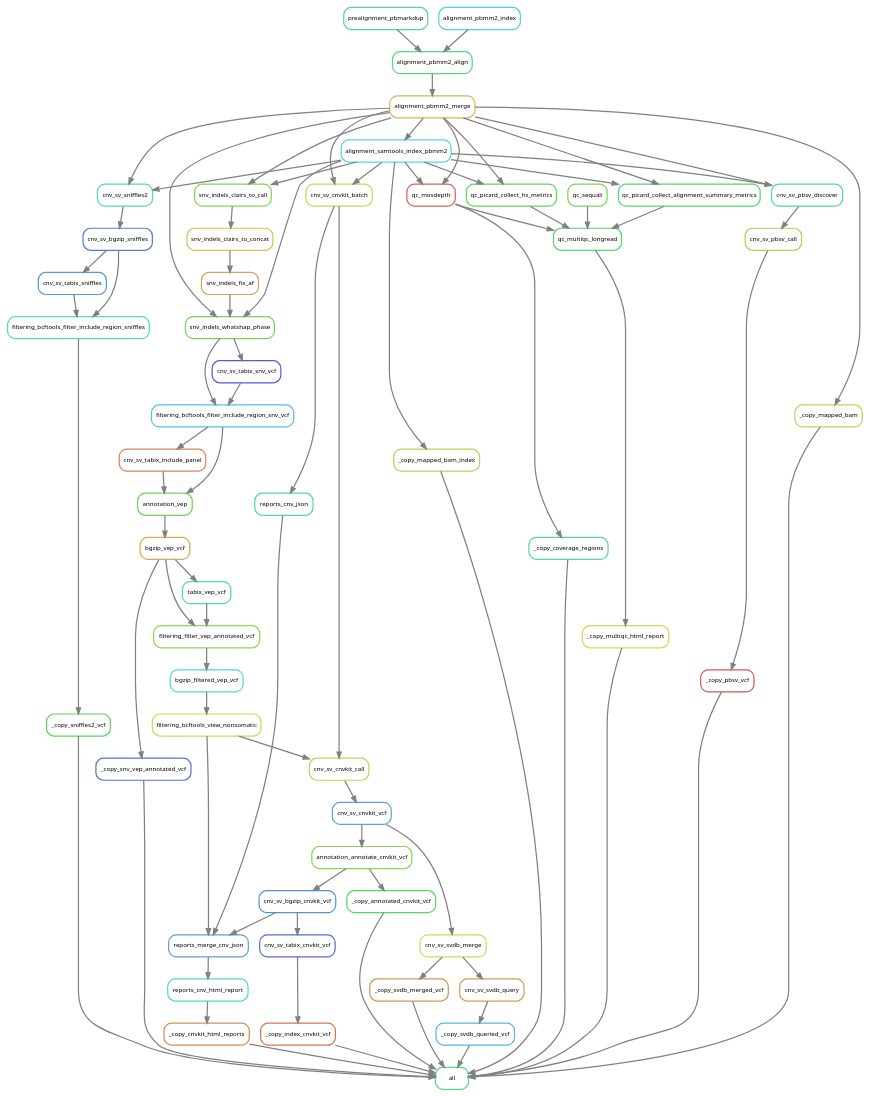
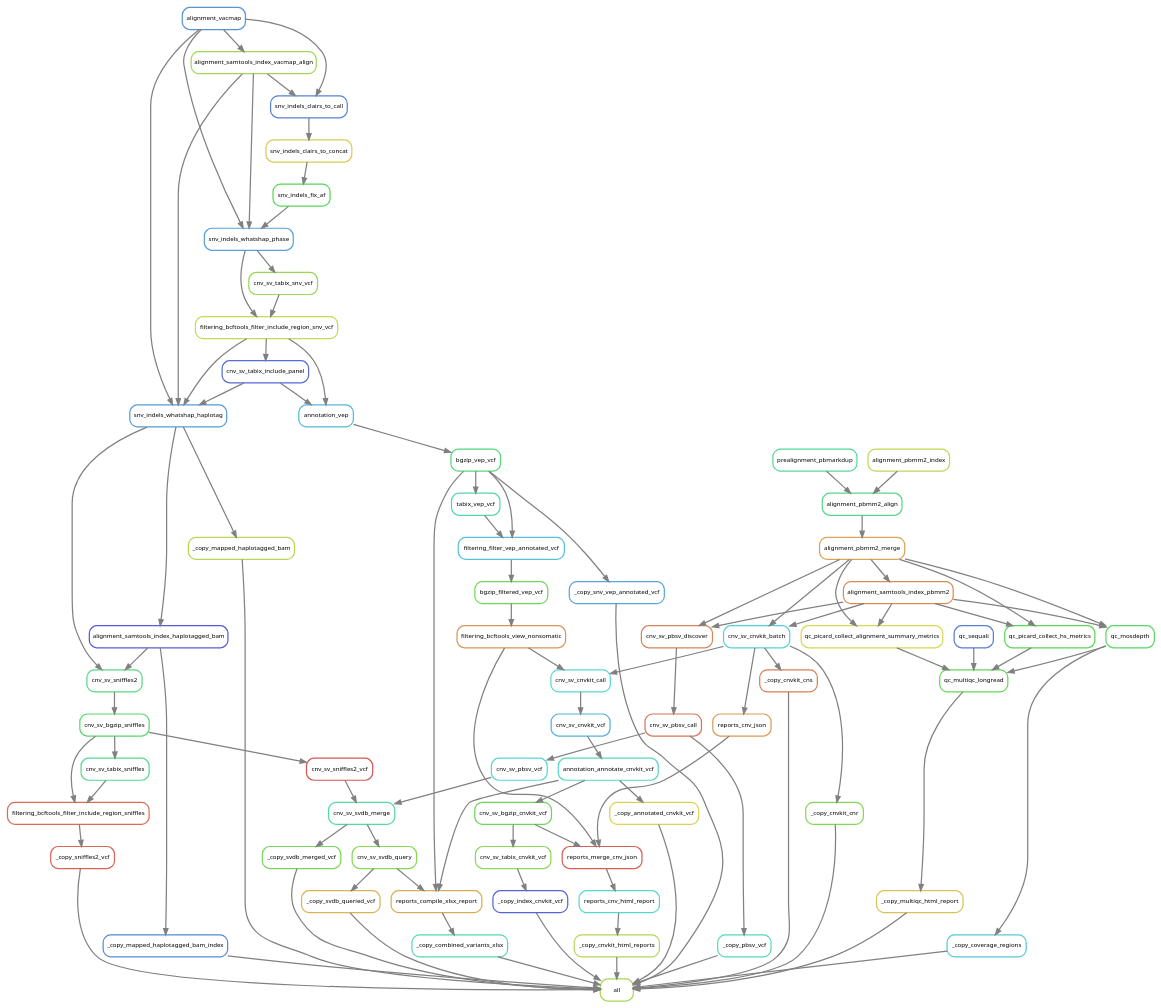
One commit to clinical-genomics-uppsala/TwiMM changed the diagram in images/rulegraph_clairs.dot. Above: the diagram before and after it, drawn with Graphviz. The commit also changed 12 other files, not shown here.

```diff
--- a/images/rulegraph_clairs.dot
+++ b/images/rulegraph_clairs.dot
@@ -1,139 +1,167 @@
 digraph snakemake_dag {
     graph[bgcolor=white, margin=0];
     node[shape=box, style=rounded, fontname=sans,                 fontsize=10, penwidth=2];
     edge[penwidth=2, color=grey];
-	0[label = "all", color = "0.39 0.6 0.85", style="rounded"];
-	1[label = "_copy_snv_vep_annotated_vcf", color = "0.63 0.6 0.85", style="rounded"];
-	2[label = "bgzip_vep_vcf", color = "0.11 0.6 0.85", style="rounded"];
-	3[label = "annotation_vep", color = "0.31 0.6 0.85", style="rounded"];
-	4[label = "cnv_sv_tabix_include_panel", color = "0.06 0.6 0.85", style="rounded"];
-	5[label = "filtering_bcftools_filter_include_region_snv_vcf", color = "0.53 0.6 0.85", style="rounded"];
-	6[label = "snv_indels_whatshap_phase", color = "0.30 0.6 0.85", style="rounded"];
-	7[label = "snv_indels_fix_af", color = "0.10 0.6 0.85", style="rounded"];
-	8[label = "snv_indels_clairs_to_concat", color = "0.14 0.6 0.85", style="rounded"];
-	9[label = "snv_indels_clairs_to_call", color = "0.28 0.6 0.85", style="rounded"];
-	10[label = "alignment_pbmm2_merge", color = "0.12 0.6 0.85", style="rounded"];
-	11[label = "alignment_pbmm2_align", color = "0.38 0.6 0.85", style="rounded"];
-	12[label = "prealignment_pbmarkdup", color = "0.40 0.6 0.85", style="rounded"];
-	13[label = "alignment_pbmm2_index", color = "0.51 0.6 0.85", style="rounded"];
-	14[label = "alignment_samtools_index_pbmm2", color = "0.50 0.6 0.85", style="rounded"];
-	15[label = "cnv_sv_tabix_snv_vcf", color = "0.66 0.6 0.85", style="rounded"];
-	16[label = "_copy_sniffles2_vcf", color = "0.33 0.6 0.85", style="rounded"];
-	17[label = "filtering_bcftools_filter_include_region_sniffles", color = "0.47 0.6 0.85", style="rounded"];
-	18[label = "cnv_sv_bgzip_sniffles", color = "0.62 0.6 0.85", style="rounded"];
-	19[label = "cnv_sv_sniffles2", color = "0.46 0.6 0.85", style="rounded"];
-	20[label = "cnv_sv_tabix_sniffles", color = "0.58 0.6 0.85", style="rounded"];
-	21[label = "_copy_cnvkit_html_reports", color = "0.07 0.6 0.85", style="rounded"];
-	22[label = "reports_cnv_html_report", color = "0.49 0.6 0.85", style="rounded"];
-	23[label = "reports_merge_cnv_json", color = "0.57 0.6 0.85", style="rounded"];
-	24[label = "reports_cnv_json", color = "0.43 0.6 0.85", style="rounded"];
-	25[label = "cnv_sv_cnvkit_batch", color = "0.19 0.6 0.85", style="rounded"];
-	26[label = "filtering_bcftools_view_nonsomatic", color = "0.18 0.6 0.85", style="rounded"];
-	27[label = "bgzip_filtered_vep_vcf", color = "0.48 0.6 0.85", style="rounded"];
-	28[label = "filtering_filter_vep_annotated_vcf", color = "0.26 0.6 0.85", style="rounded"];
-	29[label = "tabix_vep_vcf", color = "0.44 0.6 0.85", style="rounded"];
-	30[label = "cnv_sv_bgzip_cnvkit_vcf", color = "0.59 0.6 0.85", style="rounded"];
-	31[label = "annotation_annotate_cnvkit_vcf", color = "0.27 0.6 0.85", style="rounded"];
-	32[label = "cnv_sv_cnvkit_vcf", color = "0.56 0.6 0.85", style="rounded"];
-	33[label = "cnv_sv_cnvkit_call", color = "0.20 0.6 0.85", style="rounded"];
-	34[label = "_copy_annotated_cnvkit_vcf", color = "0.34 0.6 0.85", style="rounded"];
-	35[label = "_copy_index_cnvkit_vcf", color = "0.04 0.6 0.85", style="rounded"];
-	36[label = "cnv_sv_tabix_cnvkit_vcf", color = "0.64 0.6 0.85", style="rounded"];
-	37[label = "_copy_multiqc_html_report", color = "0.16 0.6 0.85", style="rounded"];
-	38[label = "qc_multiqc_longread", color = "0.36 0.6 0.85", style="rounded"];
-	39[label = "qc_picard_collect_hs_metrics", color = "0.32 0.6 0.85", style="rounded"];
-	40[label = "qc_mosdepth", color = "0.02 0.6 0.85", style="rounded"];
-	41[label = "qc_picard_collect_alignment_summary_metrics", color = "0.37 0.6 0.85", style="rounded"];
-	42[label = "qc_sequali", color = "0.29 0.6 0.85", style="rounded"];
-	43[label = "_copy_mapped_bam", color = "0.21 0.6 0.85", style="rounded"];
-	44[label = "_copy_mapped_bam_index", color = "0.22 0.6 0.85", style="rounded"];
-	45[label = "_copy_coverage_regions", color = "0.42 0.6 0.85", style="rounded"];
-	46[label = "_copy_pbsv_vcf", color = "0.00 0.6 0.85", style="rounded"];
-	47[label = "cnv_sv_pbsv_call", color = "0.23 0.6 0.85", style="rounded"];
-	48[label = "cnv_sv_pbsv_discover", color = "0.41 0.6 0.85", style="rounded"];
-	49[label = "_copy_svdb_merged_vcf", color = "0.08 0.6 0.85", style="rounded"];
-	50[label = "cnv_sv_svdb_merge", color = "0.17 0.6 0.85", style="rounded"];
-	51[label = "_copy_svdb_queried_vcf", color = "0.54 0.6 0.85", style="rounded"];
-	52[label = "cnv_sv_svdb_query", color = "0.09 0.6 0.85", style="rounded"];
-	16 -> 0
-	34 -> 0
+	0[label = "all", color = "0.23 0.6 0.85", style="rounded"];
+	1[label = "_copy_snv_vep_annotated_vcf", color = "0.56 0.6 0.85", style="rounded"];
+	2[label = "bgzip_vep_vcf", color = "0.38 0.6 0.85", style="rounded"];
+	3[label = "annotation_vep", color = "0.54 0.6 0.85", style="rounded"];
+	4[label = "cnv_sv_tabix_include_panel", color = "0.64 0.6 0.85", style="rounded"];
+	5[label = "filtering_bcftools_filter_include_region_snv_vcf", color = "0.19 0.6 0.85", style="rounded"];
+	6[label = "snv_indels_whatshap_phase", color = "0.57 0.6 0.85", style="rounded"];
+	7[label = "snv_indels_fix_af", color = "0.34 0.6 0.85", style="rounded"];
+	8[label = "snv_indels_clairs_to_concat", color = "0.15 0.6 0.85", style="rounded"];
+	9[label = "snv_indels_clairs_to_call", color = "0.61 0.6 0.85", style="rounded"];
+	10[label = "alignment_vacmap", color = "0.59 0.6 0.85", style="rounded"];
+	11[label = "alignment_samtools_index_vacmap_align", color = "0.24 0.6 0.85", style="rounded"];
+	12[label = "cnv_sv_tabix_snv_vcf", color = "0.25 0.6 0.85", style="rounded"];
+	13[label = "_copy_sniffles2_vcf", color = "0.02 0.6 0.85", style="rounded"];
+	14[label = "filtering_bcftools_filter_include_region_sniffles", color = "0.03 0.6 0.85", style="rounded"];
+	15[label = "cnv_sv_bgzip_sniffles", color = "0.36 0.6 0.85", style="rounded"];
+	16[label = "cnv_sv_sniffles2", color = "0.39 0.6 0.85", style="rounded"];
+	17[label = "snv_indels_whatshap_haplotag", color = "0.58 0.6 0.85", style="rounded"];
+	18[label = "alignment_samtools_index_haplotagged_bam", color = "0.66 0.6 0.85", style="rounded"];
+	19[label = "cnv_sv_tabix_sniffles", color = "0.41 0.6 0.85", style="rounded"];
+	20[label = "_copy_cnvkit_html_reports", color = "0.22 0.6 0.85", style="rounded"];
+	21[label = "reports_cnv_html_report", color = "0.48 0.6 0.85", style="rounded"];
+	22[label = "reports_merge_cnv_json", color = "0.01 0.6 0.85", style="rounded"];
+	23[label = "reports_cnv_json", color = "0.09 0.6 0.85", style="rounded"];
+	24[label = "cnv_sv_cnvkit_batch", color = "0.51 0.6 0.85", style="rounded"];
+	25[label = "alignment_pbmm2_merge", color = "0.10 0.6 0.85", style="rounded"];
+	26[label = "alignment_pbmm2_align", color = "0.40 0.6 0.85", style="rounded"];
+	27[label = "prealignment_pbmarkdup", color = "0.42 0.6 0.85", style="rounded"];
+	28[label = "alignment_pbmm2_index", color = "0.20 0.6 0.85", style="rounded"];
+	29[label = "alignment_samtools_index_pbmm2", color = "0.07 0.6 0.85", style="rounded"];
+	30[label = "filtering_bcftools_view_nonsomatic", color = "0.08 0.6 0.85", style="rounded"];
+	31[label = "bgzip_filtered_vep_vcf", color = "0.30 0.6 0.85", style="rounded"];
+	32[label = "filtering_filter_vep_annotated_vcf", color = "0.53 0.6 0.85", style="rounded"];
+	33[label = "tabix_vep_vcf", color = "0.44 0.6 0.85", style="rounded"];
+	34[label = "cnv_sv_bgzip_cnvkit_vcf", color = "0.31 0.6 0.85", style="rounded"];
+	35[label = "annotation_annotate_cnvkit_vcf", color = "0.47 0.6 0.85", style="rounded"];
+	36[label = "cnv_sv_cnvkit_vcf", color = "0.55 0.6 0.85", style="rounded"];
+	37[label = "cnv_sv_cnvkit_call", color = "0.49 0.6 0.85", style="rounded"];
+	38[label = "_copy_mapped_haplotagged_bam", color = "0.21 0.6 0.85", style="rounded"];
+	39[label = "_copy_mapped_haplotagged_bam_index", color = "0.60 0.6 0.85", style="rounded"];
+	40[label = "_copy_annotated_cnvkit_vcf", color = "0.16 0.6 0.85", style="rounded"];
+	41[label = "_copy_index_cnvkit_vcf", color = "0.65 0.6 0.85", style="rounded"];
+	42[label = "cnv_sv_tabix_cnvkit_vcf", color = "0.26 0.6 0.85", style="rounded"];
+	43[label = "_copy_cnvkit_cnr", color = "0.28 0.6 0.85", style="rounded"];
+	44[label = "_copy_cnvkit_cns", color = "0.05 0.6 0.85", style="rounded"];
+	45[label = "_copy_combined_variants_xlsx", color = "0.45 0.6 0.85", style="rounded"];
+	46[label = "reports_compile_xlsx_report", color = "0.11 0.6 0.85", style="rounded"];
+	47[label = "cnv_sv_svdb_query", color = "0.27 0.6 0.85", style="rounded"];
+	48[label = "cnv_sv_svdb_merge", color = "0.43 0.6 0.85", style="rounded"];
+	49[label = "cnv_sv_pbsv_vcf", color = "0.50 0.6 0.85", style="rounded"];
+	50[label = "cnv_sv_pbsv_call", color = "0.04 0.6 0.85", style="rounded"];
+	51[label = "cnv_sv_pbsv_discover", color = "0.06 0.6 0.85", style="rounded"];
+	52[label = "cnv_sv_sniffles2_vcf", color = "0.00 0.6 0.85", style="rounded"];
+	53[label = "_copy_multiqc_html_report", color = "0.14 0.6 0.85", style="rounded"];
+	54[label = "qc_multiqc_longread", color = "0.32 0.6 0.85", style="rounded"];
+	55[label = "qc_mosdepth", color = "0.35 0.6 0.85", style="rounded"];
+	56[label = "qc_sequali", color = "0.62 0.6 0.85", style="rounded"];
+	57[label = "qc_picard_collect_hs_metrics", color = "0.33 0.6 0.85", style="rounded"];
+	58[label = "qc_picard_collect_alignment_summary_metrics", color = "0.17 0.6 0.85", style="rounded"];
+	59[label = "_copy_coverage_regions", color = "0.52 0.6 0.85", style="rounded"];
+	60[label = "_copy_pbsv_vcf", color = "0.46 0.6 0.85", style="rounded"];
+	61[label = "_copy_svdb_merged_vcf", color = "0.29 0.6 0.85", style="rounded"];
+	62[label = "_copy_svdb_queried_vcf", color = "0.12 0.6 0.85", style="rounded"];
+	40 -> 0
+	1 -> 0
+	38 -> 0
+	20 -> 0
+	13 -> 0
+	62 -> 0
+	45 -> 0
 	43 -> 0
+	61 -> 0
+	60 -> 0
+	39 -> 0
 	44 -> 0
-	46 -> 0
-	35 -> 0
-	21 -> 0
-	51 -> 0
-	45 -> 0
-	49 -> 0
-	1 -> 0
-	37 -> 0
+	53 -> 0
+	59 -> 0
+	41 -> 0
 	2 -> 1
 	3 -> 2
+	5 -> 3
 	4 -> 3
-	5 -> 3
 	5 -> 4
-	15 -> 5
+	12 -> 5
 	6 -> 5
 	7 -> 6
 	10 -> 6
-	14 -> 6
+	11 -> 6
 	8 -> 7
 	9 -> 8
 	10 -> 9
-	14 -> 9
-	11 -> 10
-	13 -> 11
-	12 -> 11
-	10 -> 14
-	6 -> 15
+	11 -> 9
+	10 -> 11
+	6 -> 12
+	14 -> 13
+	15 -> 14
+	19 -> 14
+	16 -> 15
 	17 -> 16
-	20 -> 17
-	18 -> 17
-	19 -> 18
-	10 -> 19
-	14 -> 19
-	18 -> 20
+	18 -> 16
+	10 -> 17
+	5 -> 17
+	4 -> 17
+	11 -> 17
+	17 -> 18
+	15 -> 19
+	21 -> 20
 	22 -> 21
+	34 -> 22
+	30 -> 22
 	23 -> 22
-	30 -> 23
-	26 -> 23
 	24 -> 23
 	25 -> 24
-	10 -> 25
-	14 -> 25
+	29 -> 24
+	26 -> 25
 	27 -> 26
-	28 -> 27
-	2 -> 28
-	29 -> 28
-	2 -> 29
+	28 -> 26
+	25 -> 29
 	31 -> 30
 	32 -> 31
 	33 -> 32
-	26 -> 33
-	25 -> 33
-	31 -> 34
+	2 -> 32
+	2 -> 33
+	35 -> 34
 	36 -> 35
-	30 -> 36
-	38 -> 37
-	40 -> 38
-	42 -> 38
-	41 -> 38
-	39 -> 38
-	10 -> 39
-	14 -> 39
-	10 -> 40
-	14 -> 40
-	10 -> 41
-	14 -> 41
-	10 -> 43
-	14 -> 44
-	40 -> 45
+	37 -> 36
+	24 -> 37
+	30 -> 37
+	17 -> 38
+	18 -> 39
+	35 -> 40
+	42 -> 41
+	34 -> 42
+	24 -> 43
+	24 -> 44
+	46 -> 45
+	2 -> 46
 	47 -> 46
+	35 -> 46
 	48 -> 47
-	10 -> 48
-	14 -> 48
+	49 -> 48
+	52 -> 48
 	50 -> 49
-	32 -> 50
-	52 -> 51
-	50 -> 52
+	51 -> 50
+	25 -> 51
+	29 -> 51
+	15 -> 52
+	54 -> 53
+	58 -> 54
+	55 -> 54
+	56 -> 54
+	57 -> 54
+	25 -> 55
+	29 -> 55
+	25 -> 57
+	29 -> 57
+	25 -> 58
+	29 -> 58
+	55 -> 59
+	50 -> 60
+	48 -> 61
+	47 -> 62
 }            
```
